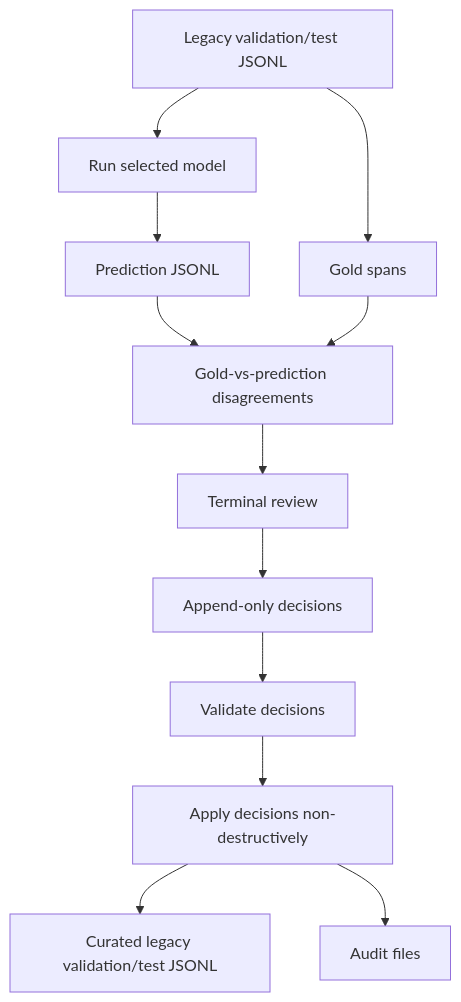
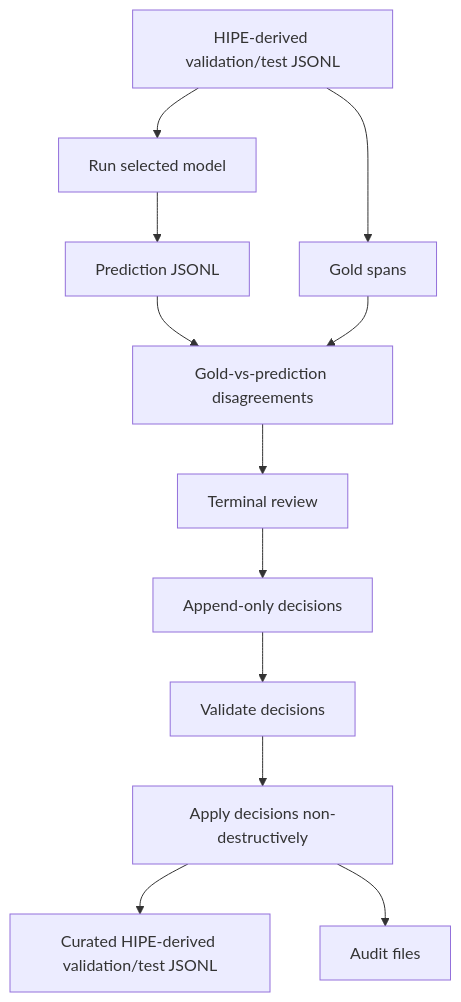
One commit to impresso/impresso-mediasources-ner-workbench changed the fourth of 6 diagrams in docs/workflows.md. Above: the diagram before and after it, drawn with Mermaid. The commit also changed other lines of this file and 5 other files, not shown here.

First line of the commit message:
Clarify HIPE-derived vs legacy terminology

````diff
--- a/docs/workflows.md
+++ b/docs/workflows.md
@@ -88,14 +90,14 @@
 ```mermaid
 flowchart TD
-  A[Legacy validation/test JSONL] --> B[Run selected model]
+  A[HIPE-derived validation/test JSONL] --> B[Run selected model]
   B --> C[Prediction JSONL]
   A --> D[Gold spans]
   C --> E[Gold-vs-prediction disagreements]
   D --> E
   E --> F[Terminal review]
   F --> G[Append-only decisions]
   G --> H[Validate decisions]
   H --> I[Apply decisions non-destructively]
-  I --> J[Curated legacy validation/test JSONL]
+  I --> J[Curated HIPE-derived validation/test JSONL]
   I --> K[Audit files]
 ```
````
